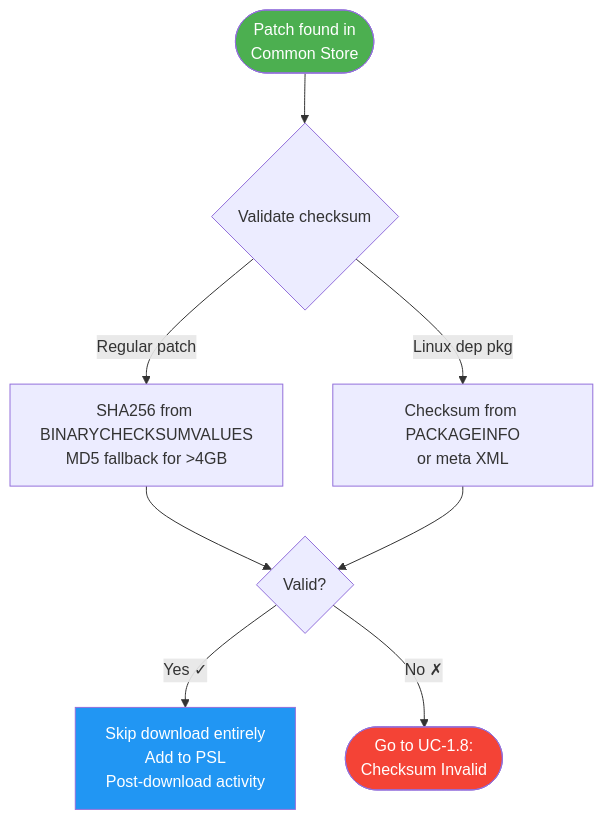
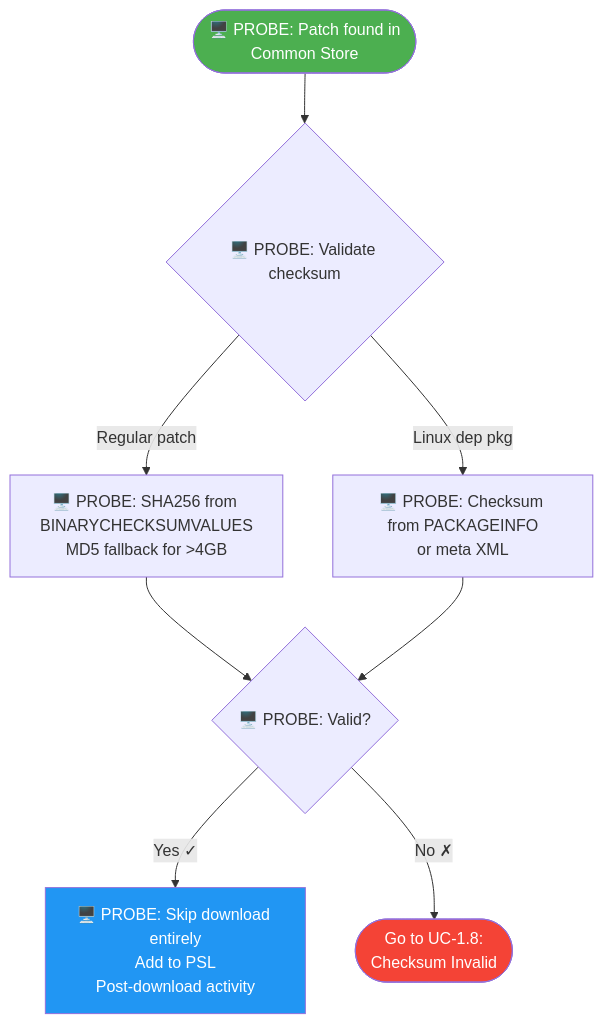
One commit to ranjithkumar-a-23525/RebaseEx changed the seventh of 29 diagrams in use-case-diagrams.md. Above: the diagram before and after it, drawn with Mermaid. The commit also changed other lines of this file, not shown here.

````diff
--- a/use-case-diagrams.md
+++ b/use-case-diagrams.md
@@ -144,14 +144,14 @@
 ```mermaid
 flowchart TD
-    A([Patch found in<br/>Common Store]) --> B{Validate checksum}
-    B -->|Regular patch| C[SHA256 from BINARYCHECKSUMVALUES<br/>MD5 fallback for >4GB]
-    B -->|Linux dep pkg| D[Checksum from PACKAGEINFO<br/>or meta XML]
-    C --> E{Valid?}
+    A(["🖥️ PROBE: Patch found in<br/>Common Store"]) --> B{"🖥️ PROBE: Validate checksum"}
+    B -->|Regular patch| C["🖥️ PROBE: SHA256 from BINARYCHECKSUMVALUES<br/>MD5 fallback for >4GB"]
+    B -->|Linux dep pkg| D["🖥️ PROBE: Checksum from PACKAGEINFO<br/>or meta XML"]
+    C --> E{"🖥️ PROBE: Valid?"}
     D --> E
-    E -->|Yes ✓| F[Skip download entirely<br/>Add to PSL<br/>Post-download activity]
-    E -->|No ✗| G([Go to UC-1.8:<br/>Checksum Invalid])
+    E -->|"Yes ✓"| F["🖥️ PROBE: Skip download entirely<br/>Add to PSL<br/>Post-download activity"]
+    E -->|"No ✗"| G(["Go to UC-1.8:<br/>Checksum Invalid"])
 
     style A fill:#4CAF50,color:#fff
     style F fill:#2196F3,color:#fff
     style G fill:#f44336,color:#fff
 ```
````
